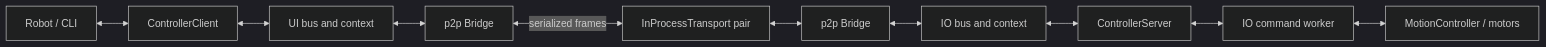
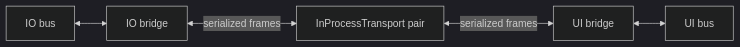
One commit to daleondev/ProtoMate_Control changed the diagram in README.md. Above: the diagram before and after it, drawn with Mermaid (dark theme). The commit also changed other lines of this file and 7 other files, not shown here.

````diff
--- a/README.md
+++ b/README.md
@@ -330,12 +333,7 @@
 ```mermaid
 flowchart LR
-    R[Robot / CLI] <--> C[ControllerClient]
-    C <--> U[UI bus and context]
-    U <--> UB[p2p Bridge]
-    UB <-- serialized frames --> T[InProcessTransport pair]
-    T <--> IB[p2p Bridge]
-    IB <--> I[IO bus and context]
-    I <--> S[ControllerServer]
-    S <--> W[IO command worker]
-    W <--> M[MotionController / motors]
+    IO[IO bus] <--> IB[IO bridge]
+    IB <-- serialized frames --> T[InProcessTransport pair]
+    T <-- serialized frames --> UB[UI bridge]
+    UB <--> UI[UI bus]
 ```
````
